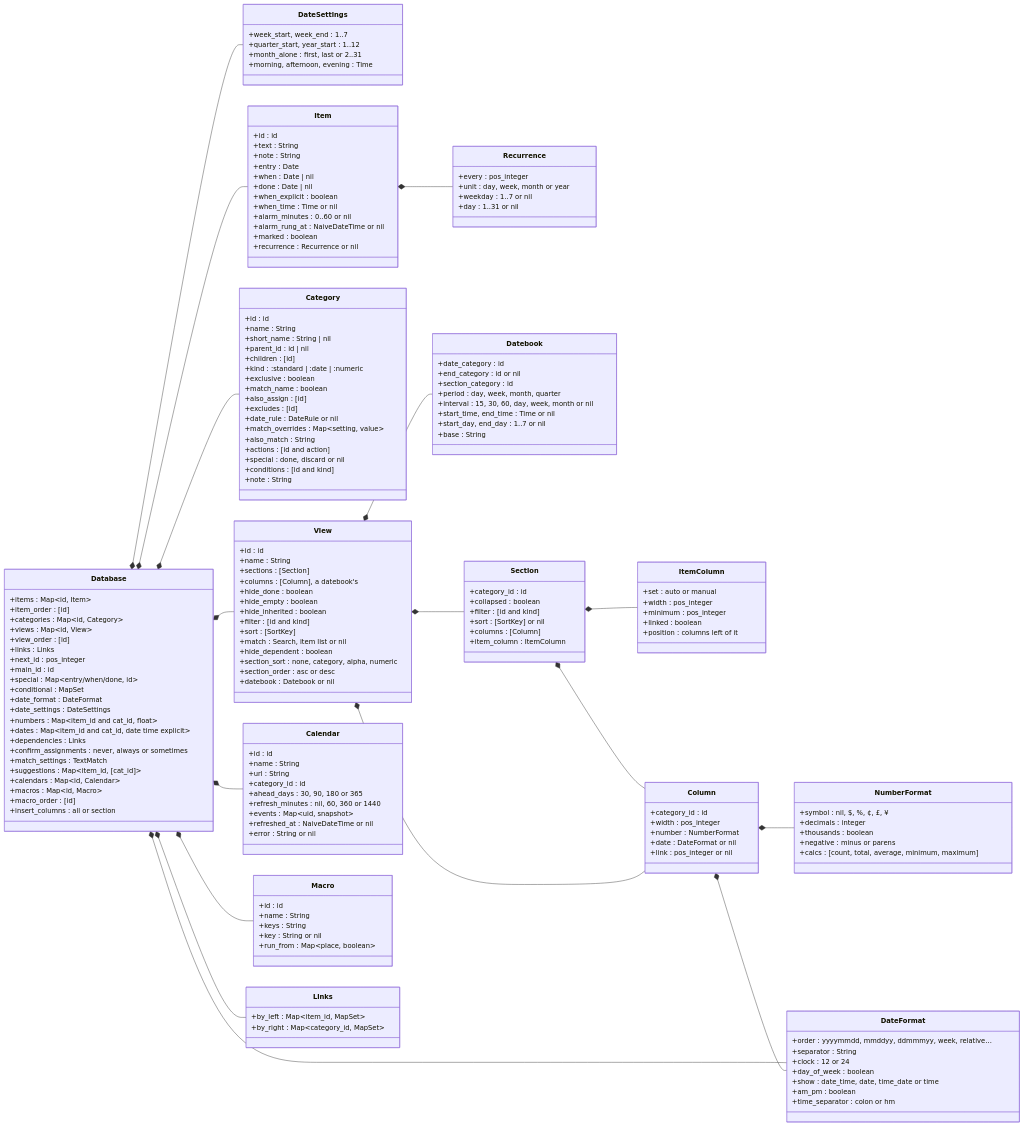
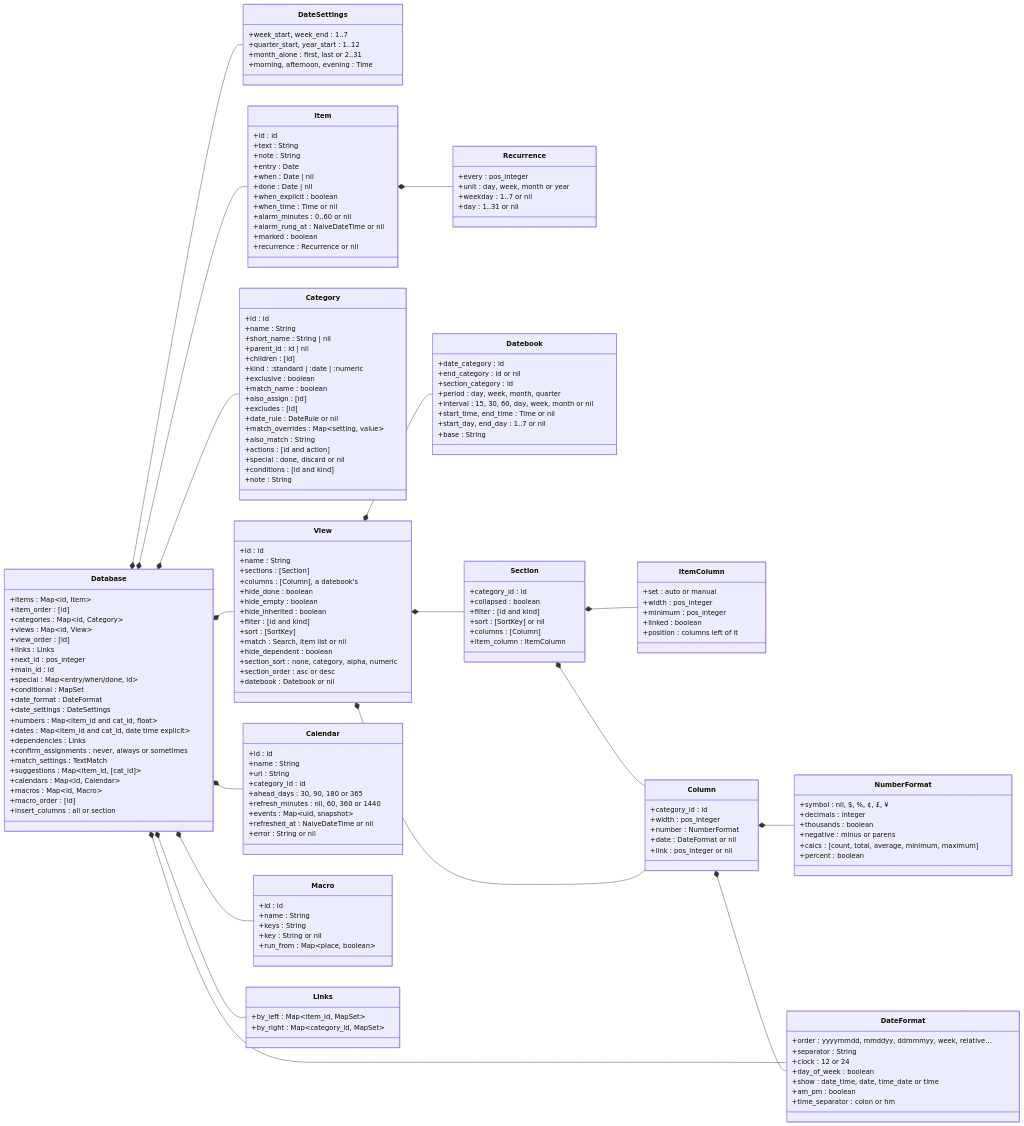
One commit to jamting/agendum changed the second of 6 diagrams in docs/DATA_MODEL.md. Above: the diagram before and after it, drawn with Mermaid. The commit also changed other lines of this file and 16 other files, not shown here.

```diff
--- a/docs/DATA_MODEL.md
+++ b/docs/DATA_MODEL.md
@@ -275,6 +275,7 @@
         +thousands : boolean
         +negative : minus or parens
         +calcs : [count, total, average, minimum, maximum]
+        +percent : boolean
     }
     class Calendar {
         +id : id
```
